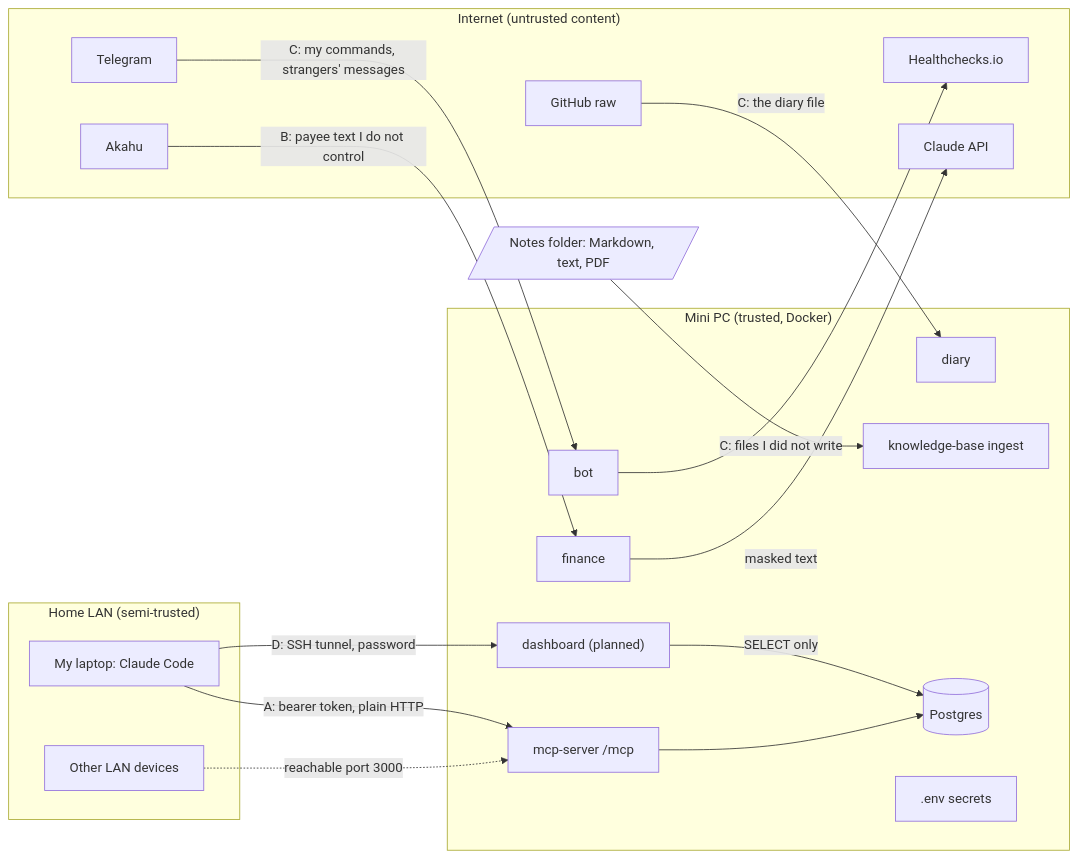
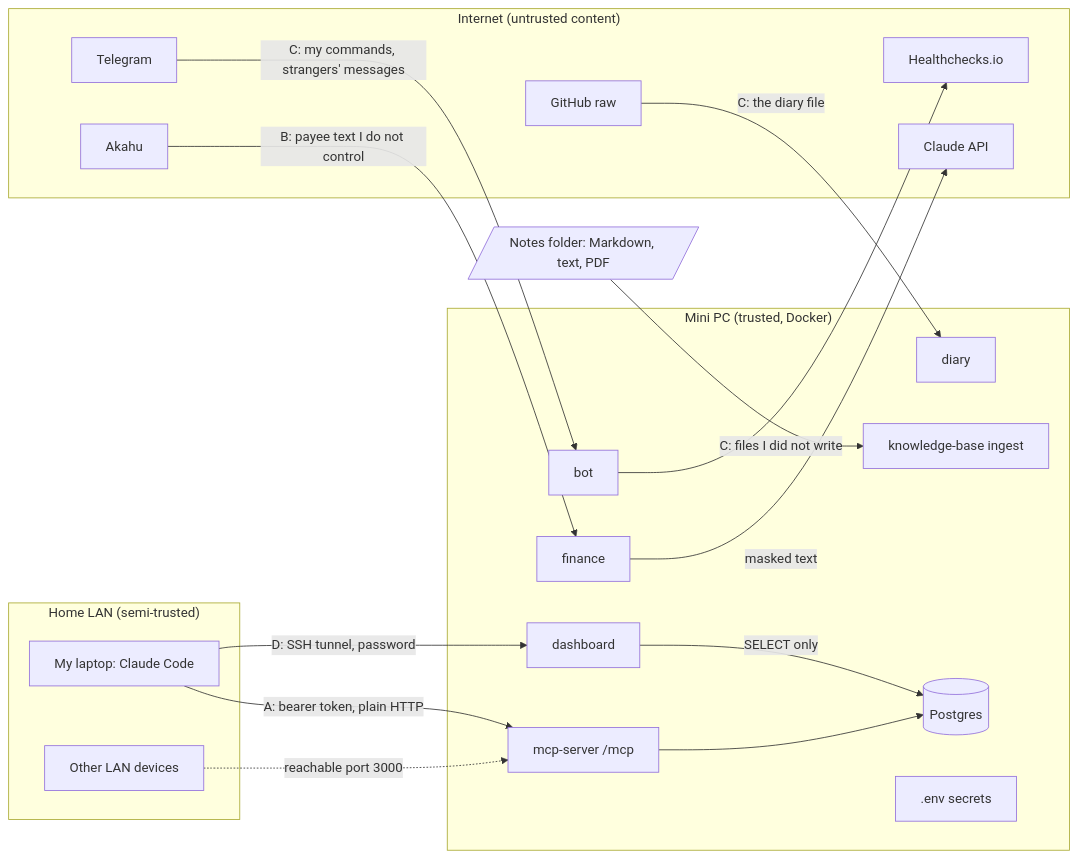
One commit to charles-goodsir/personal-ops-platform changed the diagram in docs/threat-model.md. Above: the diagram before and after it, drawn with Mermaid. The commit also changed other lines of this file and 3 other files, not shown here.

````diff
--- a/docs/threat-model.md
+++ b/docs/threat-model.md
@@ -11,36 +11,36 @@
 ```mermaid
 flowchart LR
   subgraph lan["Home LAN (semi-trusted)"]
     laptop["My laptop: Claude Code"]
     other["Other LAN devices"]
   end
   subgraph box["Mini PC (trusted, Docker)"]
     mcp["mcp-server /mcp"]
     bot["bot"]
     ingest["knowledge-base ingest"]
     fin["finance"]
     diary["diary"]
-    dash["dashboard (planned)"]
+    dash["dashboard"]
     db[("Postgres")]
     env[".env secrets"]
   end
   subgraph out["Internet (untrusted content)"]
     tg["Telegram"]
     gh["GitHub raw"]
     akahu["Akahu"]
     api["Claude API"]
     hc["Healthchecks.io"]
   end
   notes[/"Notes folder: Markdown, text, PDF"/]
   laptop -- "A: bearer token, plain HTTP" --> mcp
   other -. "reachable port 3000" .-> mcp
   mcp --> db
   laptop -- "D: SSH tunnel, password" --> dash
   dash -- "SELECT only" --> db
   tg -- "C: my commands, strangers' messages" --> bot
   gh -- "C: the diary file" --> diary
   akahu -- "B: payee text I do not control" --> fin
   notes -- "C: files I did not write" --> ingest
   fin -- "masked text" --> api
   bot --> hc
 ```
````
